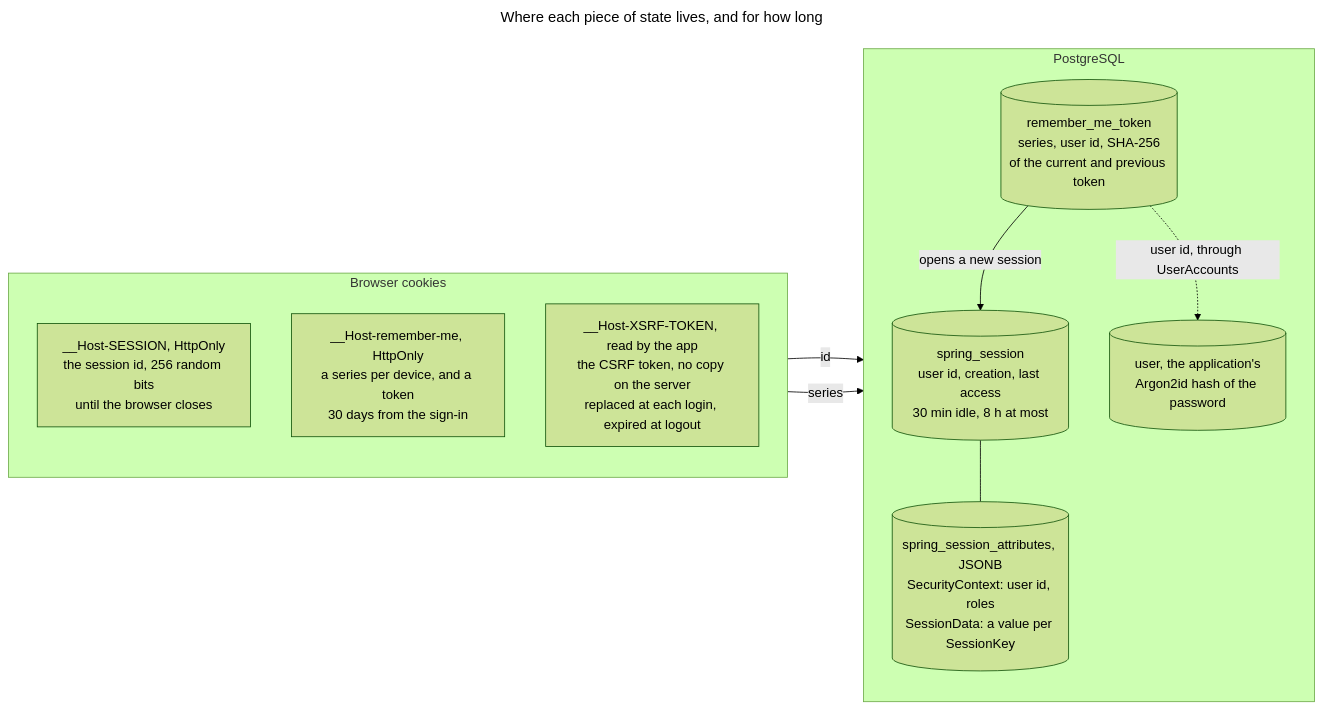
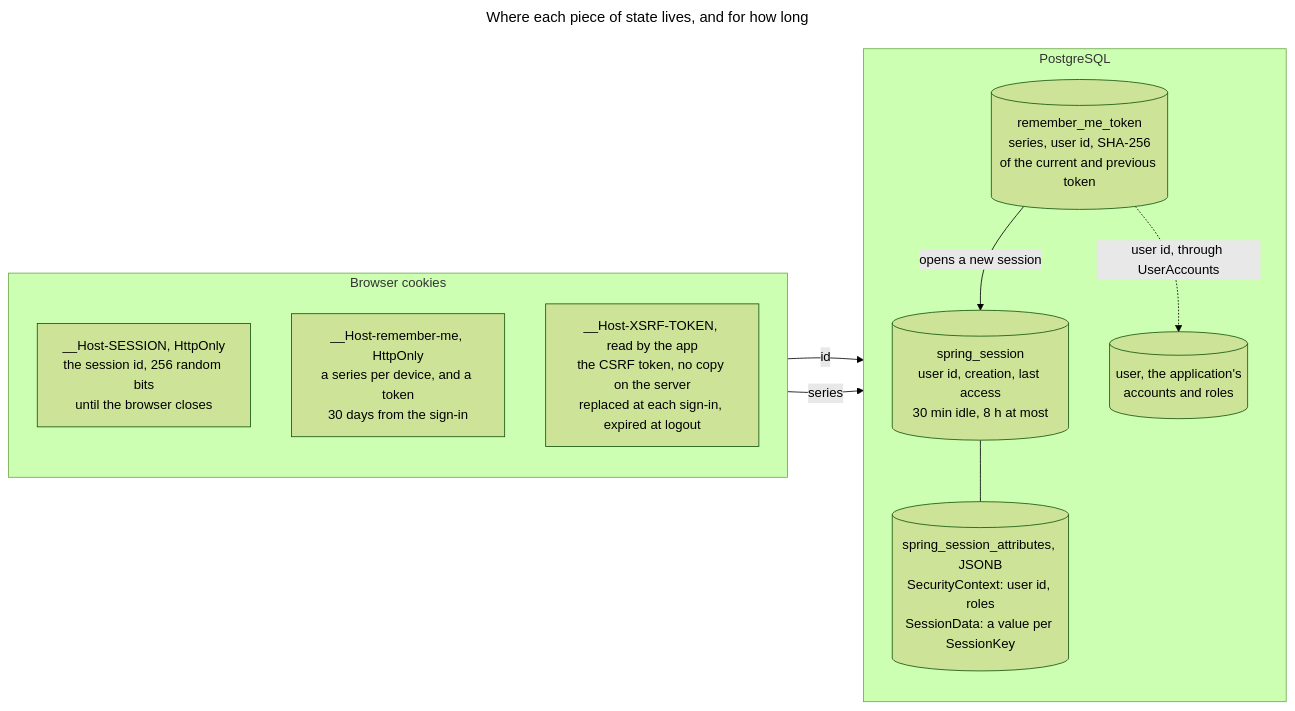
The sixth of 8 diagrams in docs/src/engineering/security/principles.md (mboisnard/drinkit), drawn with Mermaid (forest theme) before and after one commit. The commit also changed other lines of this file and 13 other files, not shown here.

Commit message:
[DOCUMENTATION] Explain the sign-in by a code sent by email, and where each piece lives (#586)

````diff
--- a/docs/src/engineering/security/principles.md
+++ b/docs/src/engineering/security/principles.md
@@ -182,24 +221,24 @@
 ```mermaid
 ---
 title: Where each piece of state lives, and for how long
 ---
 flowchart LR
   subgraph browser["Browser cookies"]
     direction TB
     sessionCookie["__Host-SESSION, HttpOnly<br/>the session id, 256 random bits<br/>until the browser closes"]
     rememberCookie["__Host-remember-me, HttpOnly<br/>a series per device, and a token<br/>30 days from the sign-in"]
-    xsrfCookie["__Host-XSRF-TOKEN, read by the app<br/>the CSRF token, no copy on the server<br/>replaced at each login, expired at logout"]
+    xsrfCookie["__Host-XSRF-TOKEN, read by the app<br/>the CSRF token, no copy on the server<br/>replaced at each sign-in, expired at logout"]
   end
   subgraph postgres["PostgreSQL"]
     direction TB
     session[("spring_session<br/>user id, creation, last access<br/>30 min idle, 8 h at most")]
     attributes[("spring_session_attributes, JSONB<br/>SecurityContext: user id, roles<br/>SessionData: a value per SessionKey")]
     remember[("remember_me_token<br/>series, user id, SHA-256<br/>of the current and previous token")]
-    user[("user, the application's<br/>Argon2id hash of the password")]
+    user[("user, the application's<br/>accounts and roles")]
   end
   sessionCookie -- "id" --> session
   session --- attributes
   rememberCookie -- "series" --> remember
   remember -- "opens a new session" --> session
   remember -. "user id, through UserAccounts" .-> user
 ```
````
